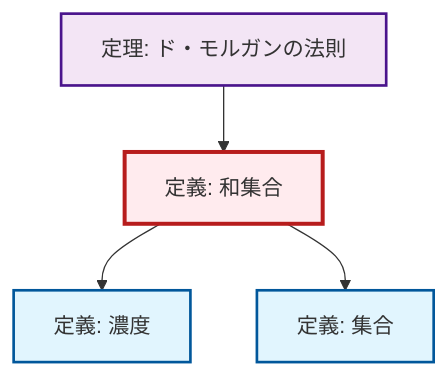
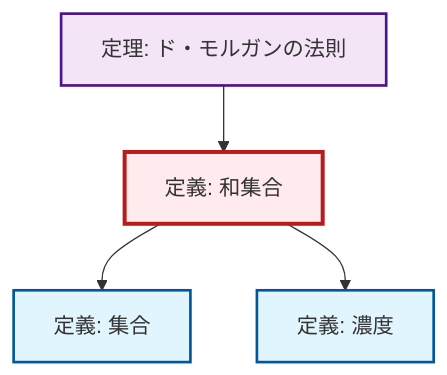
The diagram in content/ja/logic-set-theory/def-union.qmd (RK0429/ModernMath), drawn with Mermaid before and after one commit. The commit also changed 672 other files, not shown here.

````diff
--- a/content/ja/logic-set-theory/def-union.qmd
+++ b/content/ja/logic-set-theory/def-union.qmd
@@ -55,20 +55,20 @@
 ```{mermaid}
-%%| fig-cap: "Local dependency graph"
+%%| fig-cap: "ローカル依存関係グラフ"
 graph TD
     classDef definition fill:#e1f5fe,stroke:#01579b,stroke-width:2px
     classDef theorem fill:#f3e5f5,stroke:#4a148c,stroke-width:2px
     classDef axiom fill:#fff3e0,stroke:#e65100,stroke-width:2px
     classDef example fill:#e8f5e9,stroke:#1b5e20,stroke-width:2px
     classDef current fill:#ffebee,stroke:#b71c1c,stroke-width:3px
     def-set["定義: 集合"]:::definition
     thm-de-morgan["定理: ド・モルガンの法則"]:::theorem
     def-union["定義: 和集合"]:::definition
     def-cardinality["定義: 濃度"]:::definition
-    def-union --> def-cardinality
     thm-de-morgan --> def-union
     def-union --> def-set
+    def-union --> def-cardinality
     class def-union current
     click def-set "def-set.html" "集合の定義へ"
     click thm-de-morgan "thm-de-morgan.html" "ド・モルガンの法則の定理へ"
     click def-cardinality "def-cardinality.html" "濃度の定義へ"
 ```
````
